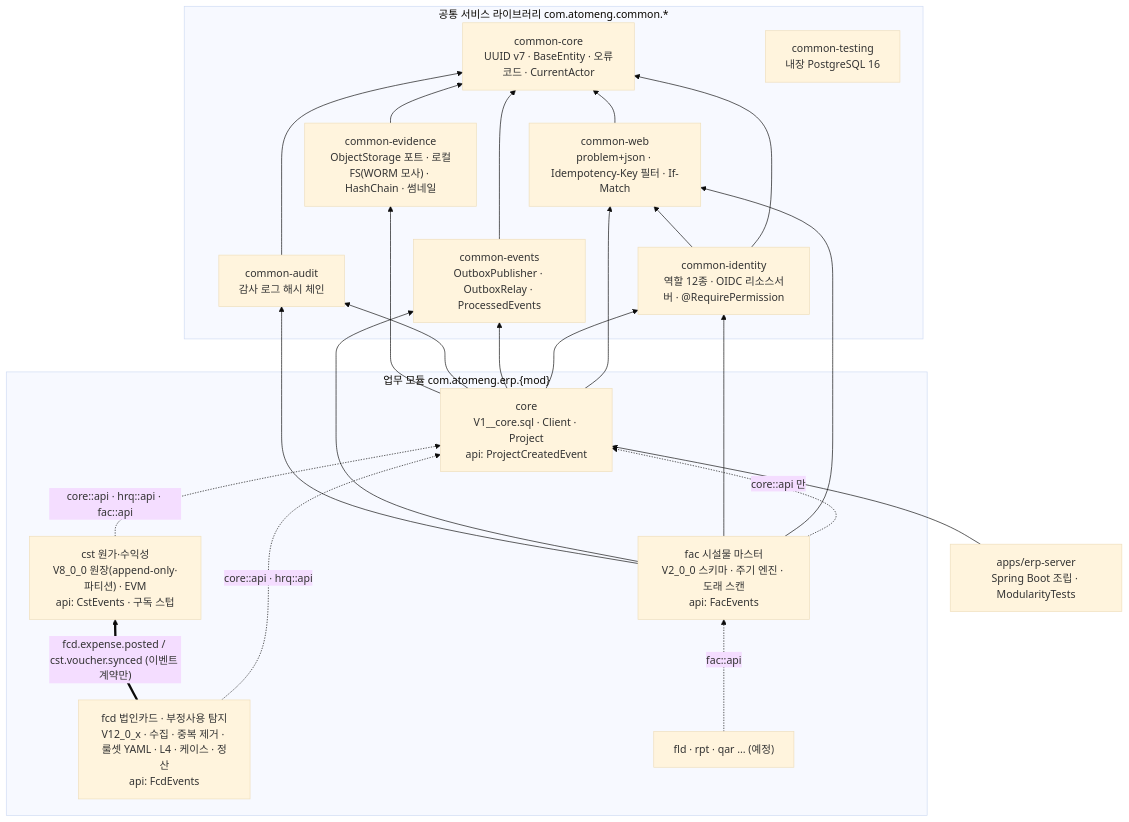
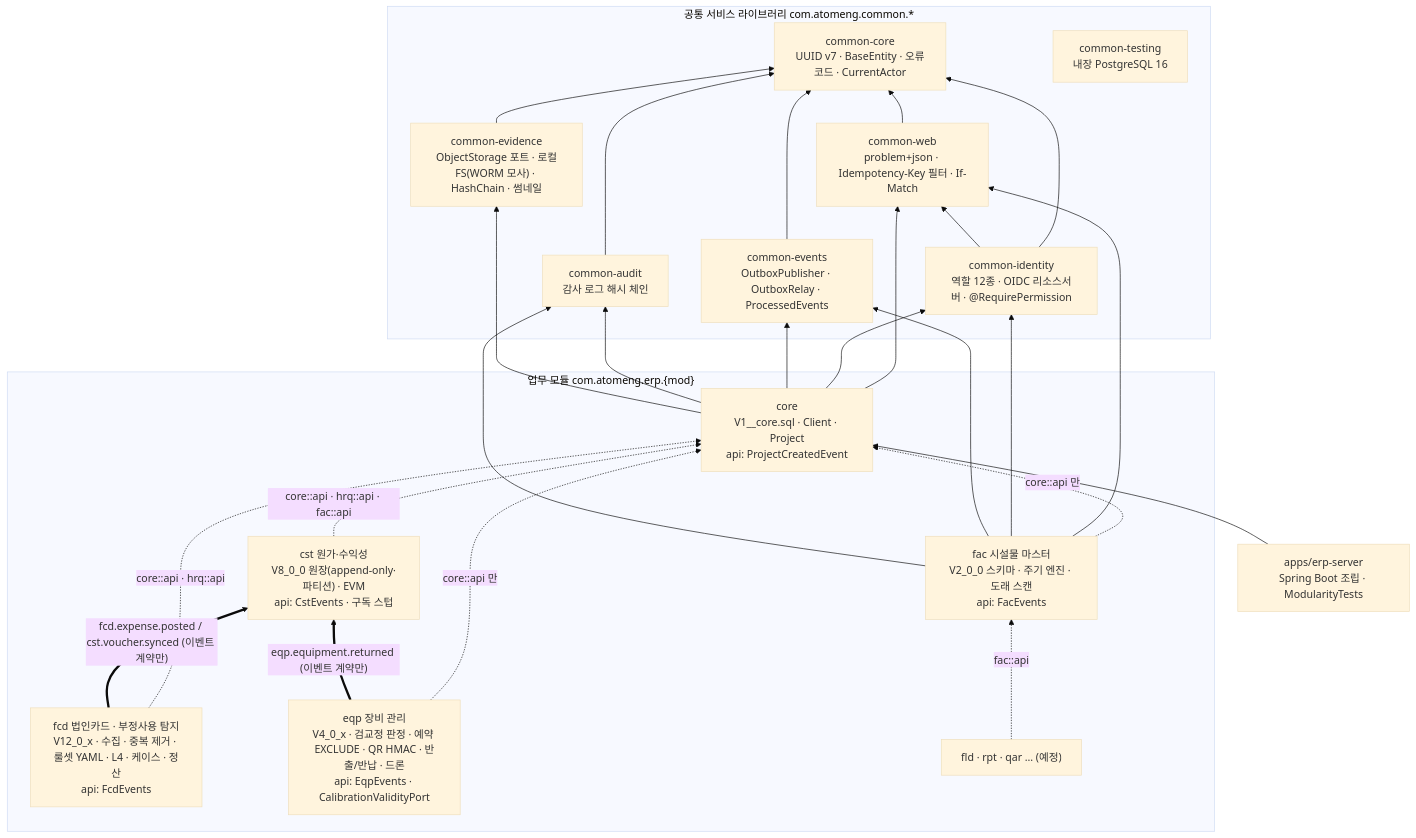
The diagram in README.md (limpst/atom-erp), drawn with Mermaid (base theme) before and after one commit. The commit also changed other lines of this file and 37 other files, not shown here.

First line of the commit message:
feat(eqp): 04 장비 관리 첫 단계 — eqp 스키마·검교정 판정·예약 EXCLUDE·QR HMAC 반출/반납·일일 스캔·드론 비행로그

````diff
--- a/README.md
+++ b/README.md
@@ -43,34 +44,37 @@
 ```mermaid
 flowchart BT
   subgraph COMMON["공통 서비스 라이브러리 com.atomeng.common.*"]
     CC["common-core<br>UUID v7 · BaseEntity · 오류코드 · CurrentActor"]
     CW["common-web<br>problem+json · Idempotency-Key 필터 · If-Match"]
     CI["common-identity<br>역할 12종 · OIDC 리소스서버 · @RequirePermission"]
     CE["common-events<br>OutboxPublisher · OutboxRelay · ProcessedEvents"]
     CA["common-audit<br>감사 로그 해시 체인"]
     CT["common-testing<br>내장 PostgreSQL 16"]
     CV["common-evidence<br>ObjectStorage 포트 · 로컬FS(WORM 모사) · HashChain · 썸네일"]
   end
   subgraph MODS["업무 모듈 com.atomeng.erp.{mod}"]
     CORE["core<br>V1__core.sql · Client · Project<br>api: ProjectCreatedEvent"]
     FAC["fac 시설물 마스터<br>V2_0_0 스키마 · 주기 엔진 · 도래 스캔<br>api: FacEvents"]
     CST["cst 원가·수익성<br>V8_0_0 원장(append-only·파티션) · EVM<br>api: CstEvents · 구독 스텁"]
     FCD["fcd 법인카드 · 부정사용 탐지<br>V12_0_x · 수집 · 중복 제거 · 룰셋 YAML · L4 · 케이스 · 정산<br>api: FcdEvents"]
+    EQP["eqp 장비 관리<br>V4_0_x · 검교정 판정 · 예약 EXCLUDE · QR HMAC · 반출/반납 · 드론<br>api: EqpEvents · CalibrationValidityPort"]
     NEXT["fld · rpt · qar … (예정)"]
   end
   APP["apps/erp-server<br>Spring Boot 조립 · ModularityTests"]
   CW --> CC
   CI --> CC
   CI --> CW
   CE --> CC
   CA --> CC
   CV --> CC
   CORE --> CW & CI & CE & CA & CV
   FAC -. "core::api 만" .-> CORE
   FAC --> CW & CI & CE & CA
   NEXT -. "fac::api" .-> FAC
   CST -. "core::api · hrq::api · fac::api" .-> CORE
   FCD -. "core::api · hrq::api" .-> CORE
   FCD == "fcd.expense.posted / cst.voucher.synced (이벤트 계약만)" ==> CST
+  EQP -. "core::api 만" .-> CORE
+  EQP == "eqp.equipment.returned (이벤트 계약만)" ==> CST
   APP --> CORE
 ```
````
